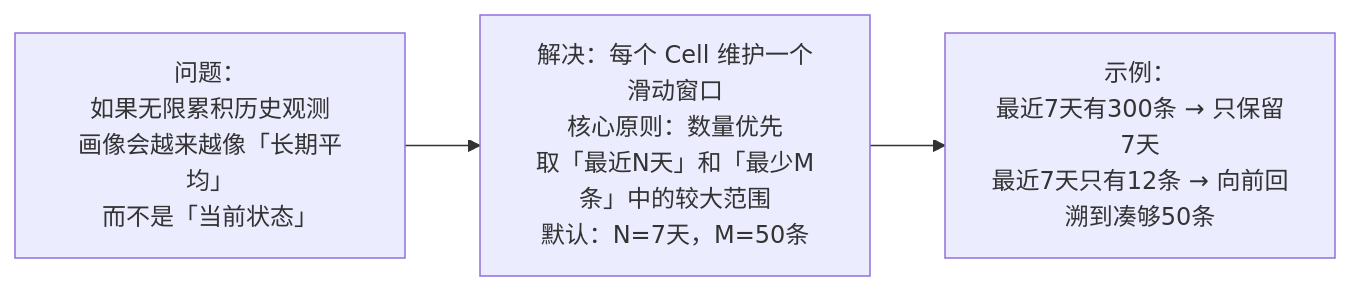
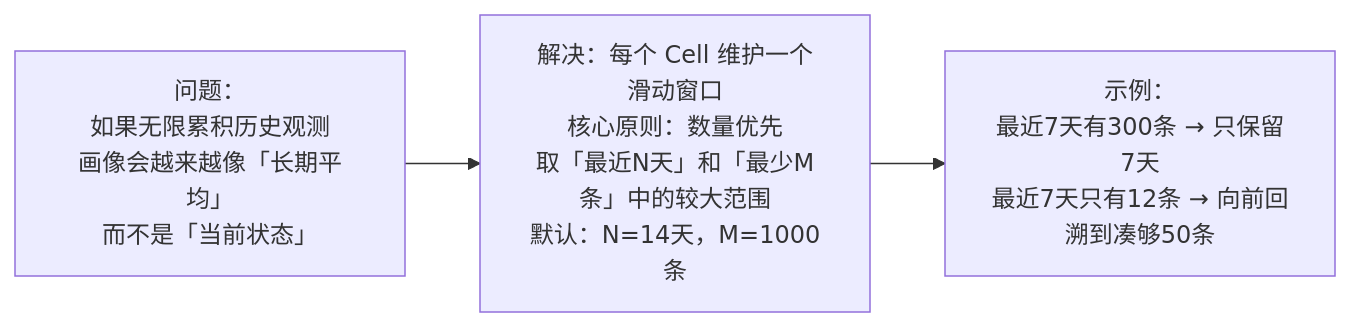
The fifth of 11 diagrams in rebuild5/docs/human_guide/05_Step5_画像维护.md (laoyang75/OptiNet), drawn with Mermaid before and after one commit. The commit also changed other lines of this file and 141 other files, not shown here.

````diff
--- a/rebuild5/docs/human_guide/05_Step5_画像维护.md
+++ b/rebuild5/docs/human_guide/05_Step5_画像维护.md
@@ -130,10 +130,10 @@
 ```mermaid
 graph LR
     PROBLEM["问题：\n如果无限累积历史观测\n画像会越来越像「长期平均」\n而不是「当前状态」"]
 
-    SOLUTION["解决：每个 Cell 维护一个滑动窗口\n核心原则：数量优先\n取「最近N天」和「最少M条」中的较大范围\n默认：N=7天，M=50条"]
+    SOLUTION["解决：每个 Cell 维护一个滑动窗口\n核心原则：数量优先\n取「最近N天」和「最少M条」中的较大范围\n默认：N=14天，M=1000条"]
 
     EXAMPLE["示例：\n最近7天有300条 → 只保留7天\n最近7天只有12条 → 向前回溯到凑够50条"]
 
     PROBLEM --> SOLUTION --> EXAMPLE
 ```
````
